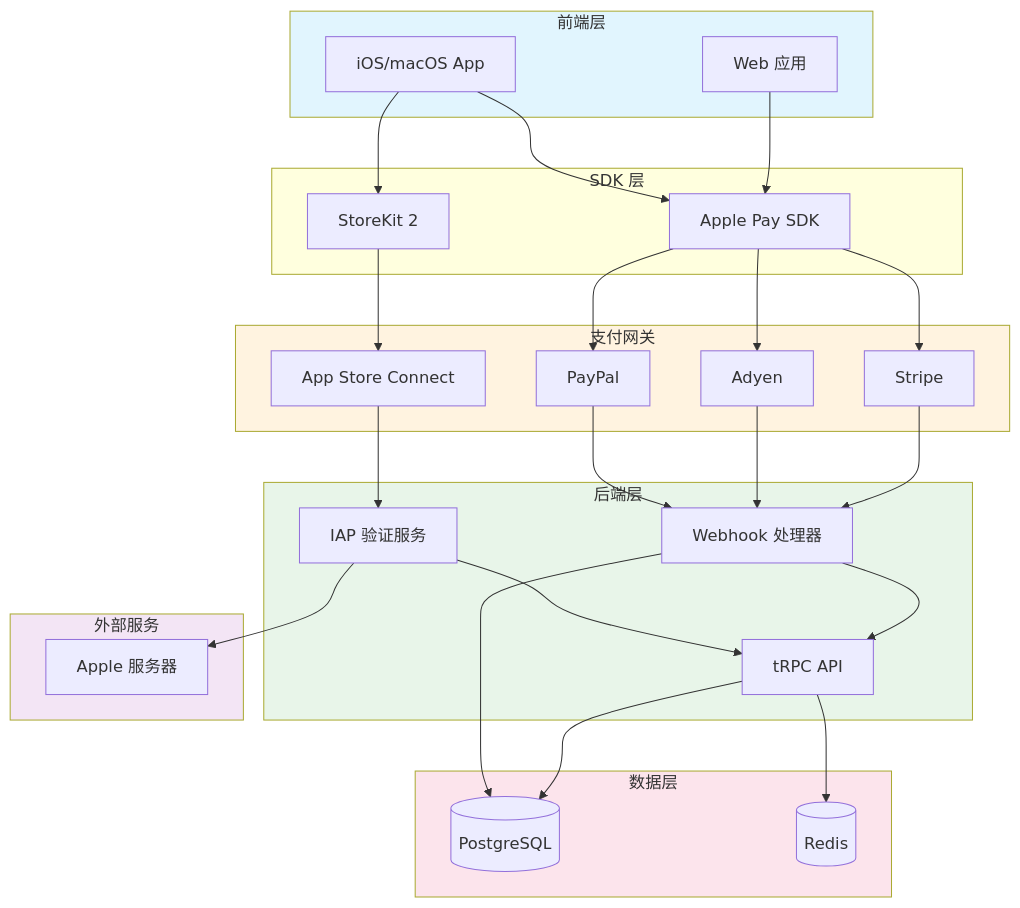
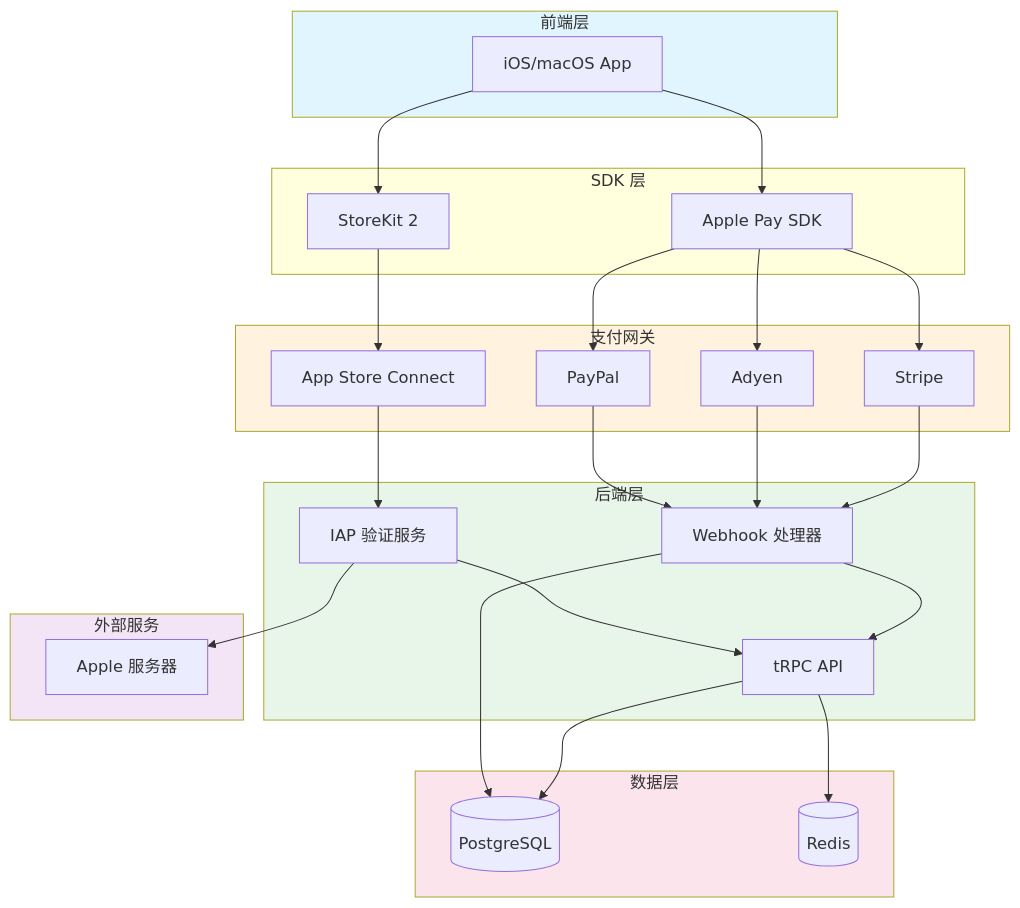
Before and after one commit to RudolphHuang/openclaw_doc: the first of 5 diagrams in api/payment/apple-pay-technical-plan.md, drawn with Mermaid. The commit also changed other lines of this file, not shown here.

````diff
--- a/api/payment/apple-pay-technical-plan.md
+++ b/api/payment/apple-pay-technical-plan.md
@@ -67,62 +46,60 @@
 ```mermaid
 flowchart TB
     subgraph Frontend["前端层"]
-        Web["Web 应用"]
         App["iOS/macOS App"]
     end
 
     subgraph SDK["SDK 层"]
         ApplePaySDK["Apple Pay SDK"]
         StoreKit["StoreKit 2"]
     end
 
     subgraph Gateway["支付网关"]
         Stripe["Stripe"]
         Adyen["Adyen"]
         PayPal["PayPal"]
         AppStore["App Store Connect"]
     end
 
     subgraph Backend["后端层"]
         API["tRPC API"]
         Webhook["Webhook 处理器"]
         IAPVerify["IAP 验证服务"]
     end
 
     subgraph Data["数据层"]
         DB[("PostgreSQL")]
         Cache[("Redis")]
     end
 
     subgraph External["外部服务"]
         AppleServer["Apple 服务器"]
     end
 
-    Web --> ApplePaySDK
     App --> ApplePaySDK
     App --> StoreKit
     
     ApplePaySDK --> Stripe
     ApplePaySDK --> Adyen
     ApplePaySDK --> PayPal
     StoreKit --> AppStore
     
     Stripe --> Webhook
     Adyen --> Webhook
     PayPal --> Webhook
     AppStore --> IAPVerify
     
     Webhook --> API
     IAPVerify --> API
     IAPVerify --> AppleServer
     
     API --> DB
     Webhook --> DB
     API --> Cache
     
     style Frontend fill:#e1f5fe
     style Gateway fill:#fff3e0
     style Backend fill:#e8f5e9
     style Data fill:#fce4ec
     style External fill:#f3e5f5
 ```
````
